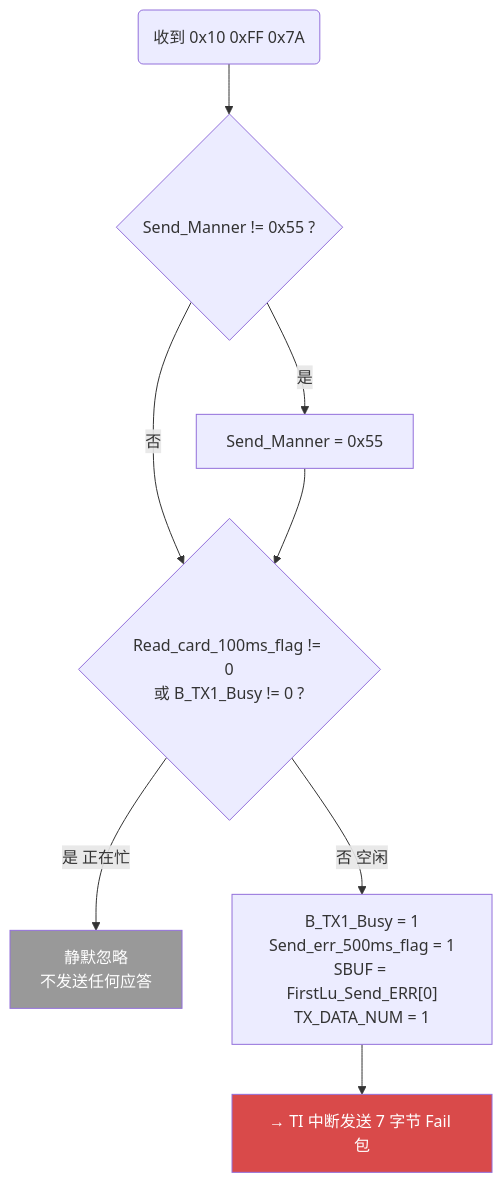
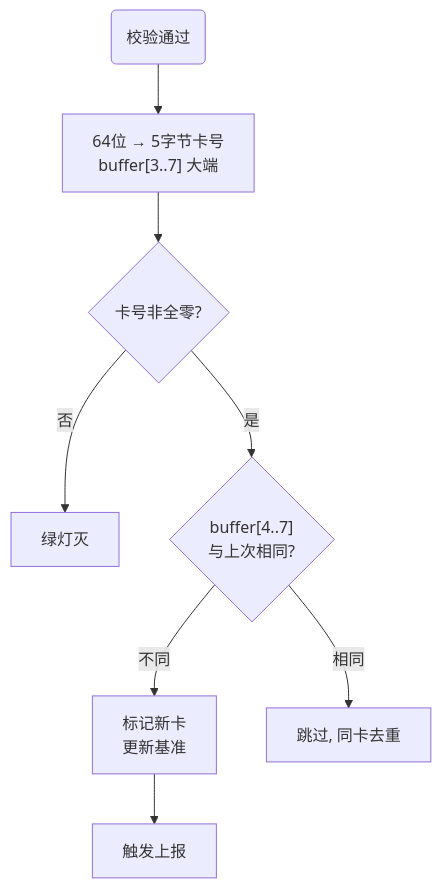
The third of 6 diagrams in 工作/SR3读卡器/260802SR2读卡器行为.md (Siaiai/ObsidianNote), drawn with Mermaid before and after one commit. The commit also changed other lines of this file and 3 other files, not shown here.

````diff
--- a/工作/SR3读卡器/260802SR2读卡器行为.md
+++ b/工作/SR3读卡器/260802SR2读卡器行为.md
@@ -319,14 +114,10 @@
 ```mermaid
 flowchart TD
-    Cmd7A("收到 0x10 0xFF 0x7A") --> SetDir{"Send_Manner != 0x55 ?"}
-    SetDir -->|"是"| Set55["Send_Manner = 0x55"]
-    SetDir -->|"否"| BusyCheck
-    Set55 --> BusyCheck{"Read_card_100ms_flag != 0<br/>或 B_TX1_Busy != 0 ?"}
-
-    BusyCheck -->|"是 正在忙"| Ignore["静默忽略<br/>不发送任何应答"]
-    BusyCheck -->|"否 空闲"| SendErr["B_TX1_Busy = 1<br/>Send_err_500ms_flag = 1<br/>SBUF = FirstLu_Send_ERR[0]<br/>TX_DATA_NUM = 1"]
-    SendErr --> Result["→ TI 中断发送 7 字节 Fail 包"]
-
-    style Ignore fill:#999,color:#fff
-    style Result fill:#D94A4A,color:#fff
+    Entry("校验通过") --> Extract["64位 → 5字节卡号<br/>buffer[3..7] 大端"]
+    Extract --> NotZero{"卡号非全零?"}
+    NotZero -->|"否"| Off["绿灯灭"]
+    NotZero -->|"是"| Compare{"buffer[4..7]<br/>与上次相同?"}
+    Compare -->|"不同"| New["标记新卡<br/>更新基准"]
+    Compare -->|"相同"| Skip["跳过, 同卡去重"]
+    New --> Trigger["触发上报"]
 ```
````
